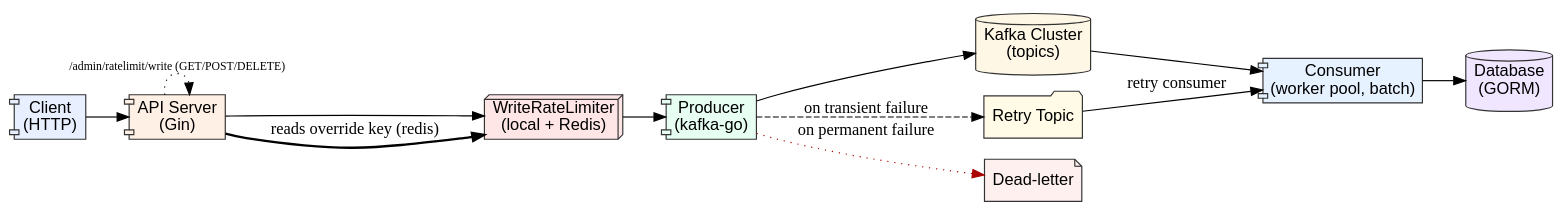
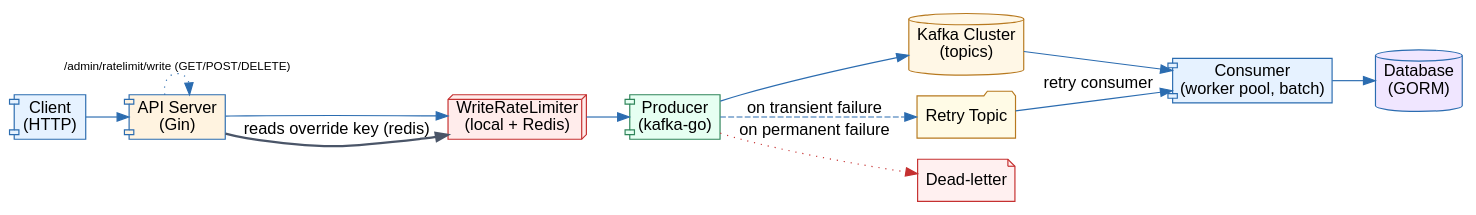
Before and after one commit to maxiaolu1981/cretem: the diagram in doc/plantuml/overall_flow.dot, drawn with Graphviz. The commit also changed 26 other files, not shown here.

Commit message:
docs(diagrams): unify graphviz style (palette + fonts) and re-render

```diff
--- a/doc/plantuml/overall_flow.dot
+++ b/doc/plantuml/overall_flow.dot
@@ -1,29 +1,30 @@
 digraph overall_flow {
+  /* Unified styling */
   rankdir=LR;
-  node [shape=rectangle, style=filled, fillcolor="#f8f9fa", color="#333333", fontname="Arial"];
+  graph [fontname="Arial", fontsize=12];
+  node [fontname="Arial", shape=rectangle, style=filled, fillcolor="#EDF2F7", color="#2B6CB0"];
+  edge [fontname="Arial", color="#2B6CB0"];
 
-  client [label="Client\n(HTTP)" shape=component fillcolor="#e8f0ff"];
-  apiserver [label="API Server\n(Gin)" shape=component fillcolor="#fff0e6"];
-  write_limiter [label="WriteRateLimiter\n(local + Redis)" shape=box3d fillcolor="#ffe6e6"];
-  producer [label="Producer\n(kafka-go)" shape=component fillcolor="#e6fff2"];
-  kafka [label="Kafka Cluster\n(topics)" shape=cylinder fillcolor="#fff7e6"];
-  consumer [label="Consumer\n(worker pool, batch)" shape=component fillcolor="#e6f2ff"];
-  db [label="Database\n(GORM)" shape=cylinder fillcolor="#f0e6ff"];
+  // component nodes
+  client [label="Client\n(HTTP)", shape=component, fillcolor="#E6F2FF"];
+  apiserver [label="API Server\n(Gin)", shape=component, fillcolor="#FFF3E0"];
+  write_limiter [label="WriteRateLimiter\n(local + Redis)", shape=box3d, fillcolor="#FFECEB", color="#C53030"];
+  producer [label="Producer\n(kafka-go)", shape=component, fillcolor="#E6FFF2", color="#2F855A"];
+  kafka [label="Kafka Cluster\n(topics)", shape=cylinder, fillcolor="#FFF7E6", color="#B7791F"];
+  consumer [label="Consumer\n(worker pool, batch)", shape=component, fillcolor="#E6F2FF"];
+  db [label="Database\n(GORM)", shape=cylinder, fillcolor="#F0E6FF"];
 
-  retry [label="Retry Topic" shape=folder fillcolor="#fffbe6"];
-  dead [label="Dead-letter" shape=note fillcolor="#fff0f0"];
+  retry [label="Retry Topic", shape=folder, fillcolor="#FFFBE6", color="#B7791F"];
+  dead [label="Dead-letter", shape=note, fillcolor="#FFF0F0", color="#C53030"];
 
   client -> apiserver -> write_limiter -> producer -> kafka;
   kafka -> consumer -> db;
 
   producer -> retry [label="on transient failure", style=dashed];
-  producer -> dead [label="on permanent failure", color="#aa0000", style=dotted];
+  producer -> dead [label="on permanent failure", color="#C53030", style=dotted];
   retry -> consumer [label="retry consumer"];
 
   // admin/control plane
-  apiserver -> write_limiter [label="reads override key (redis)", style=bold, color="#666"];
+  apiserver -> write_limiter [label="reads override key (redis)", style=bold, color="#4A5568"];
   apiserver -> apiserver [label="/admin/ratelimit/write (GET/POST/DELETE)", style=dotted, fontsize=10];
-
-  // aesthetics
-  edge [fontname="Arial"];
 }
```
